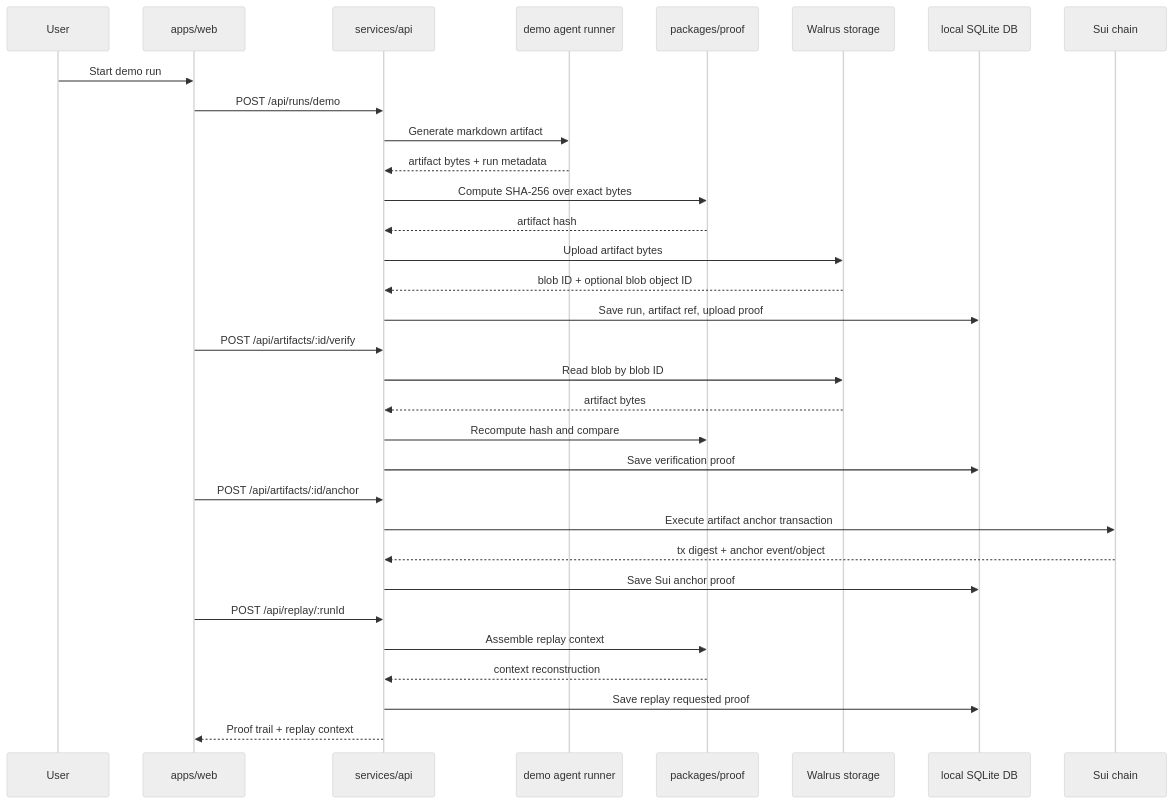
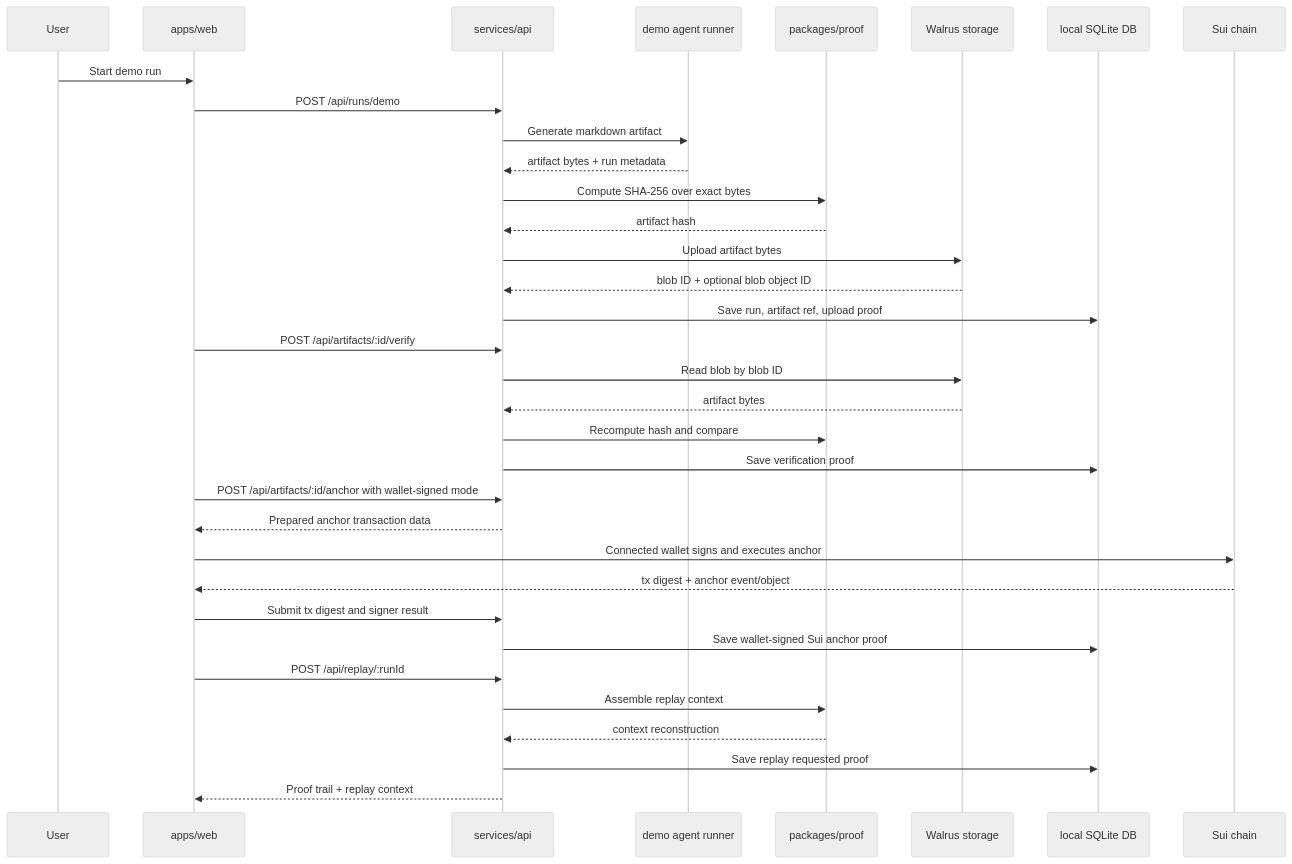
The second of 3 diagrams in docs/03-system-architecture.md (StarryDeserts/TraceLayer), drawn with Mermaid (neutral theme) before and after one commit. The commit also changed other lines of this file and 473 other files, not shown here.

````diff
--- a/docs/03-system-architecture.md
+++ b/docs/03-system-architecture.md
@@ -74,35 +74,37 @@
 ```mermaid
 sequenceDiagram
   participant User
   participant Web as apps/web
   participant API as services/api
   participant Runner as demo agent runner
   participant Proof as packages/proof
   participant Walrus as Walrus storage
   participant DB as local SQLite DB
   participant Sui as Sui chain
 
   User->>Web: Start demo run
   Web->>API: POST /api/runs/demo
   API->>Runner: Generate markdown artifact
   Runner-->>API: artifact bytes + run metadata
   API->>Proof: Compute SHA-256 over exact bytes
   Proof-->>API: artifact hash
   API->>Walrus: Upload artifact bytes
   Walrus-->>API: blob ID + optional blob object ID
   API->>DB: Save run, artifact ref, upload proof
   Web->>API: POST /api/artifacts/:id/verify
   API->>Walrus: Read blob by blob ID
   Walrus-->>API: artifact bytes
   API->>Proof: Recompute hash and compare
   API->>DB: Save verification proof
-  Web->>API: POST /api/artifacts/:id/anchor
-  API->>Sui: Execute artifact anchor transaction
-  Sui-->>API: tx digest + anchor event/object
-  API->>DB: Save Sui anchor proof
+  Web->>API: POST /api/artifacts/:id/anchor with wallet-signed mode
+  API-->>Web: Prepared anchor transaction data
+  Web->>Sui: Connected wallet signs and executes anchor
+  Sui-->>Web: tx digest + anchor event/object
+  Web->>API: Submit tx digest and signer result
+  API->>DB: Save wallet-signed Sui anchor proof
   Web->>API: POST /api/replay/:runId
   API->>Proof: Assemble replay context
   Proof-->>API: context reconstruction
   API->>DB: Save replay requested proof
   API-->>Web: Proof trail + replay context
 ```
````
